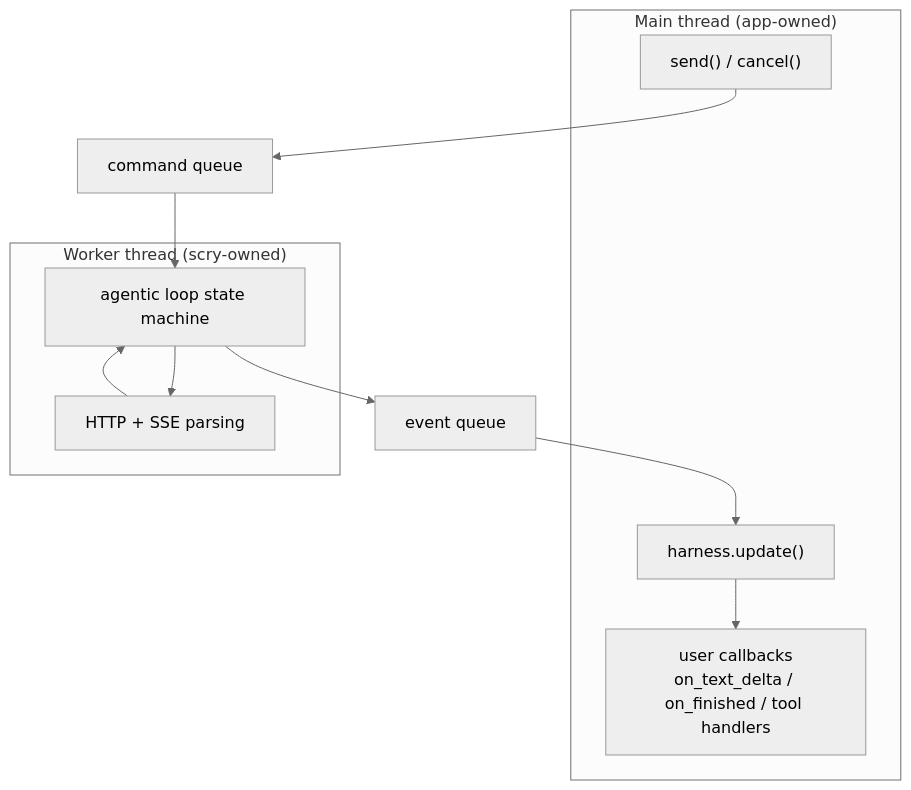
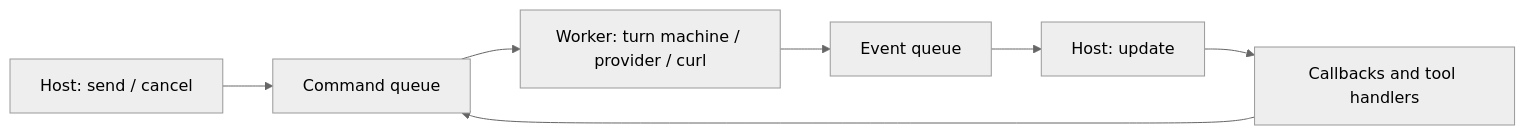
Before and after one commit to crybo-rybo/scry: the diagram in docs/architecture.md, drawn with Mermaid (neutral theme). The commit also changed other lines of this file and 22 other files, not shown here.

````diff
--- a/docs/architecture.md
+++ b/docs/architecture.md
@@ -122,19 +50,9 @@
 ```mermaid
-graph TB
-    subgraph MT["Main thread (app-owned)"]
-        U["harness.update()"]
-        CB["user callbacks<br/>on_text_delta / on_finished / tool handlers"]
-        S["send() / cancel()"]
-    end
-    subgraph WT["Worker thread (scry-owned)"]
-        HTTP["HTTP + SSE parsing"]
-        AL["agentic loop state machine"]
-    end
-    EQ["event queue"]
-    CQ["command queue"]
-
-    S --> CQ --> AL
-    AL --> HTTP
-    HTTP --> AL
-    AL --> EQ --> U --> CB
+flowchart LR
+    App["Host: send / cancel"] --> Commands["Command queue"]
+    Commands --> Worker["Worker: turn machine / provider / curl"]
+    Worker --> Events["Event queue"]
+    Events --> Pump["Host: update"]
+    Pump --> Callbacks["Callbacks and tool handlers"]
+    Callbacks --> Commands
 ```
````
